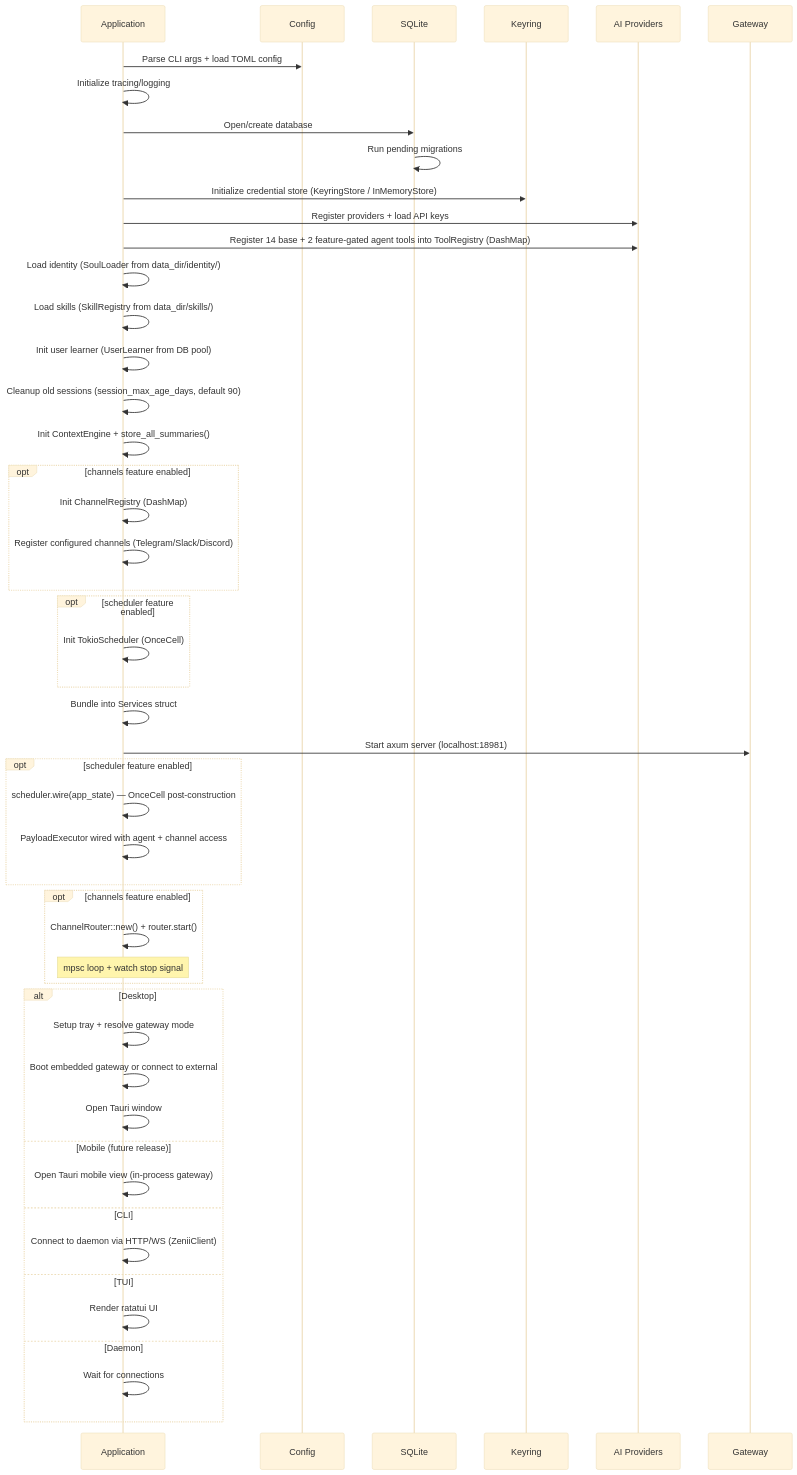
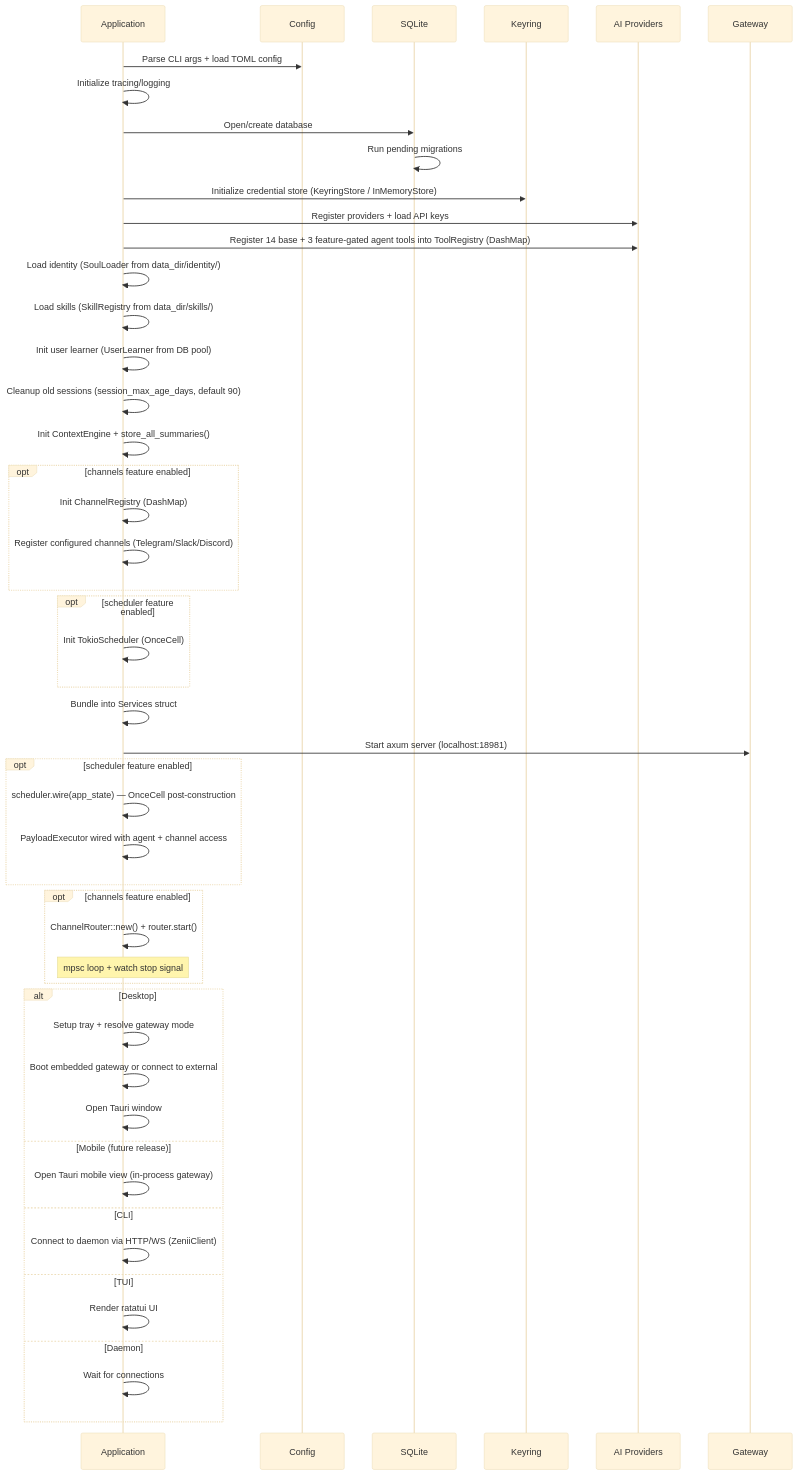
One commit to sprklai/mesoclaw changed the second of 26 diagrams in docs/processes.md. Above: the diagram before and after it, drawn with Mermaid (base theme). The commit also changed other lines of this file and 10 other files, not shown here.

````diff
--- a/docs/processes.md
+++ b/docs/processes.md
@@ -88,53 +88,53 @@
 ```mermaid
 sequenceDiagram
     participant App as Application
     participant Cfg as Config
     participant DB as SQLite
     participant Cred as Keyring
     participant AI as AI Providers
     participant GW as Gateway
 
     App->>Cfg: Parse CLI args + load TOML config
     App->>App: Initialize tracing/logging
     App->>DB: Open/create database
     DB->>DB: Run pending migrations
     App->>Cred: Initialize credential store (KeyringStore / InMemoryStore)
     App->>AI: Register providers + load API keys
-    App->>AI: Register 14 base + 2 feature-gated agent tools into ToolRegistry (DashMap)
+    App->>AI: Register 14 base + 3 feature-gated agent tools into ToolRegistry (DashMap)
     App->>App: Load identity (SoulLoader from data_dir/identity/)
     App->>App: Load skills (SkillRegistry from data_dir/skills/)
     App->>App: Init user learner (UserLearner from DB pool)
     App->>App: Cleanup old sessions (session_max_age_days, default 90)
     App->>App: Init ContextEngine + store_all_summaries()
     opt channels feature enabled
         App->>App: Init ChannelRegistry (DashMap)
         App->>App: Register configured channels (Telegram/Slack/Discord)
     end
     opt scheduler feature enabled
         App->>App: Init TokioScheduler (OnceCell)
     end
     App->>App: Bundle into Services struct
     App->>GW: Start axum server (localhost:18981)
     opt scheduler feature enabled
         App->>App: scheduler.wire(app_state) — OnceCell post-construction
         App->>App: PayloadExecutor wired with agent + channel access
     end
     opt channels feature enabled
         App->>App: ChannelRouter::new() + router.start()
         Note over App: mpsc loop + watch stop signal
     end
 
     alt Desktop
         App->>App: Setup tray + resolve gateway mode
         App->>App: Boot embedded gateway or connect to external
         App->>App: Open Tauri window
     else Mobile (future release)
         App->>App: Open Tauri mobile view (in-process gateway)
     else CLI
         App->>App: Connect to daemon via HTTP/WS (ZeniiClient)
     else TUI
         App->>App: Render ratatui UI
     else Daemon
         App->>App: Wait for connections
     end
 ```
````
